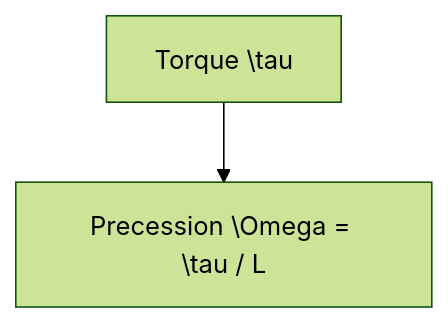
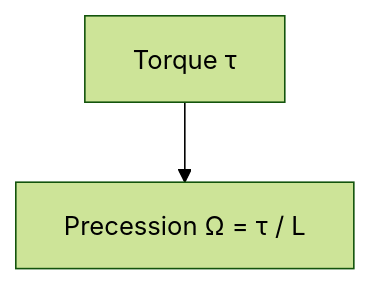
One commit to futuroptimist/flywheel changed the third of 7 diagrams in docs/flywheel-physics.md. Above: the diagram before and after it, drawn with Mermaid (forest theme). The commit also changed other lines of this file and 2 other files, not shown here.

Commit message:
📝 : prevent mermaid parse errors in physics doc

````diff
--- a/docs/flywheel-physics.md
+++ b/docs/flywheel-physics.md
@@ -121,4 +121,4 @@
 ```mermaid
 graph TD
-    T[Torque \tau] --> P[Precession \Omega = \tau / L]
+    T[Torque τ] --> P[Precession Ω = τ / L]
 ```
````
